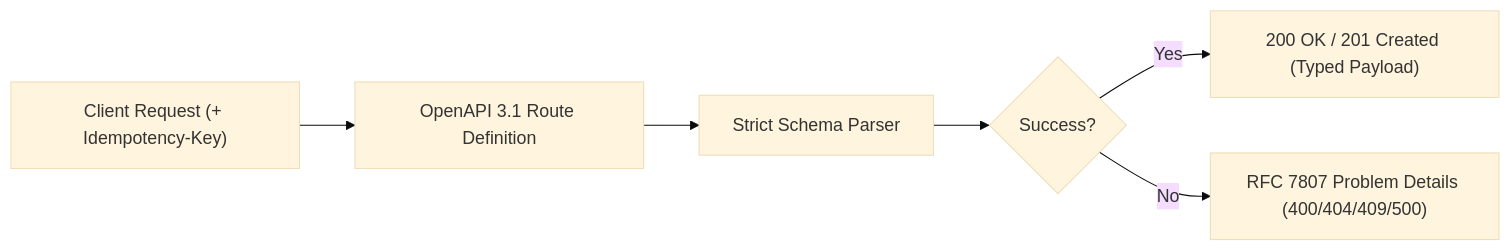
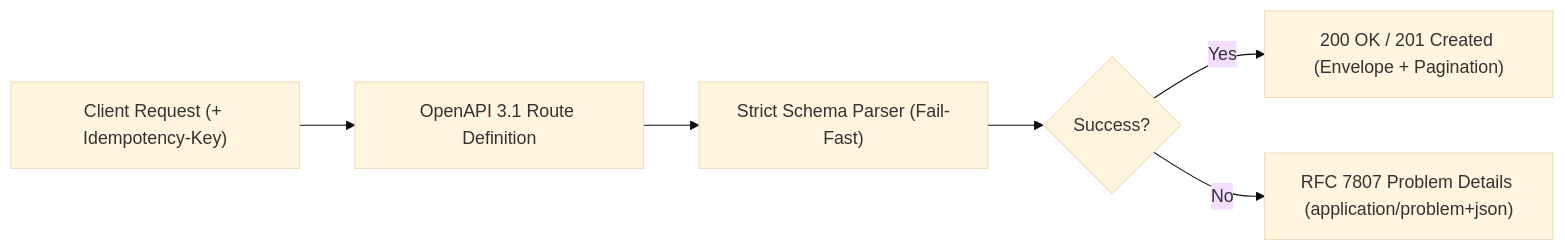
One commit to darknecrocities/SkillBuilder changed the diagram in skills/api-design/SKILL.md. Above: the diagram before and after it, drawn with Mermaid (base theme). The commit also changed other lines of this file and 3 other files, not shown here.

````diff
--- a/skills/api-design/SKILL.md
+++ b/skills/api-design/SKILL.md
@@ -16,8 +16,8 @@
 ```mermaid
 flowchart LR
     A["Client Request (+ Idempotency-Key)"] --> B["OpenAPI 3.1 Route Definition"]
-    B --> C["Strict Schema Parser"]
+    B --> C["Strict Schema Parser (Fail-Fast)"]
     C --> D{"Success?"}
-    D -- "Yes" --> E["200 OK / 201 Created (Typed Payload)"]
-    D -- "No" --> F["RFC 7807 Problem Details (400/404/409/500)"]
+    D -- "Yes" --> E["200 OK / 201 Created (Envelope + Pagination)"]
+    D -- "No" --> F["RFC 7807 Problem Details (application/problem+json)"]
 ```
````
